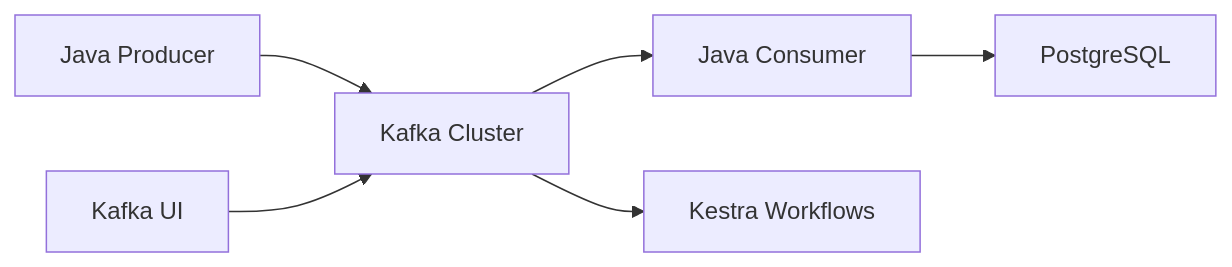
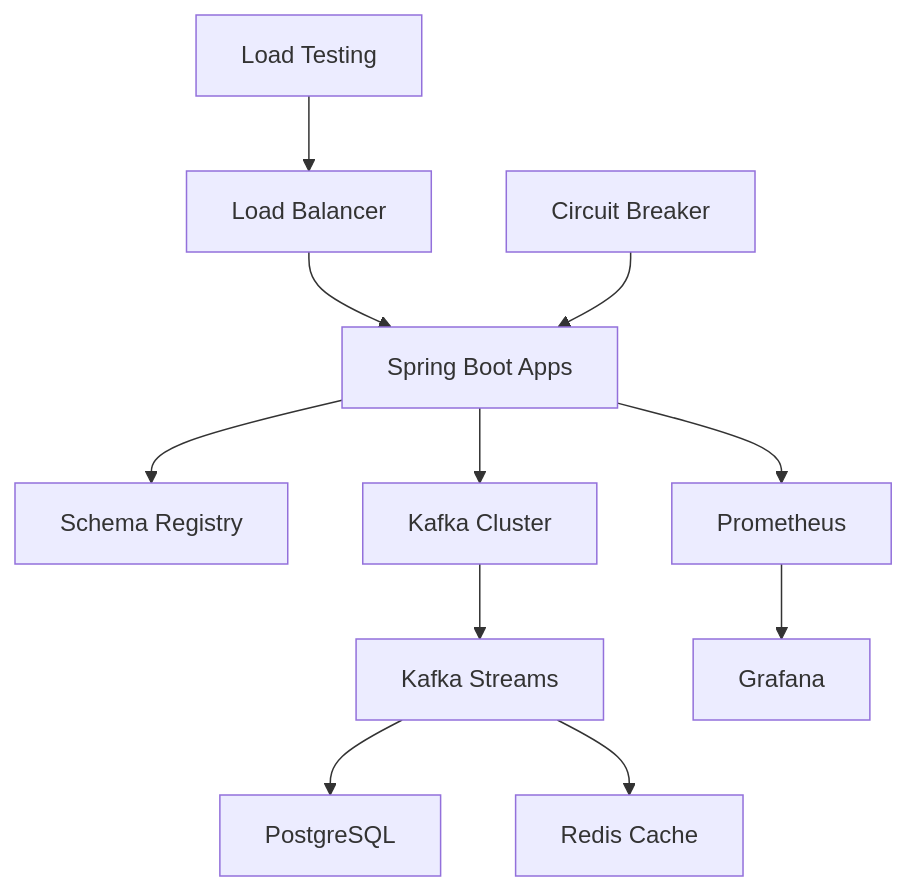
The diagram in README.md (tuni56/real-time-event-driven-data-pipeline), drawn with Mermaid before and after one commit. The commit also changed other lines of this file and 21 other files, not shown here.

````diff
--- a/README.md
+++ b/README.md
@@ -15,8 +18,13 @@
 ```mermaid
-graph LR
-    A[Java Producer] --> B[Kafka Cluster]
-    B --> C[Java Consumer]
-    C --> D[PostgreSQL]
-    B --> E[Kestra Workflows]
-    F[Kafka UI] --> B
+graph TB
+    A[Load Balancer] --> B[Spring Boot Apps]
+    B --> C[Schema Registry]
+    B --> D[Kafka Cluster]
+    D --> E[Kafka Streams]
+    E --> F[PostgreSQL]
+    E --> G[Redis Cache]
+    H[Prometheus] --> I[Grafana]
+    B --> H
+    J[Circuit Breaker] --> B
+    K[Load Testing] --> A
 ```
````
